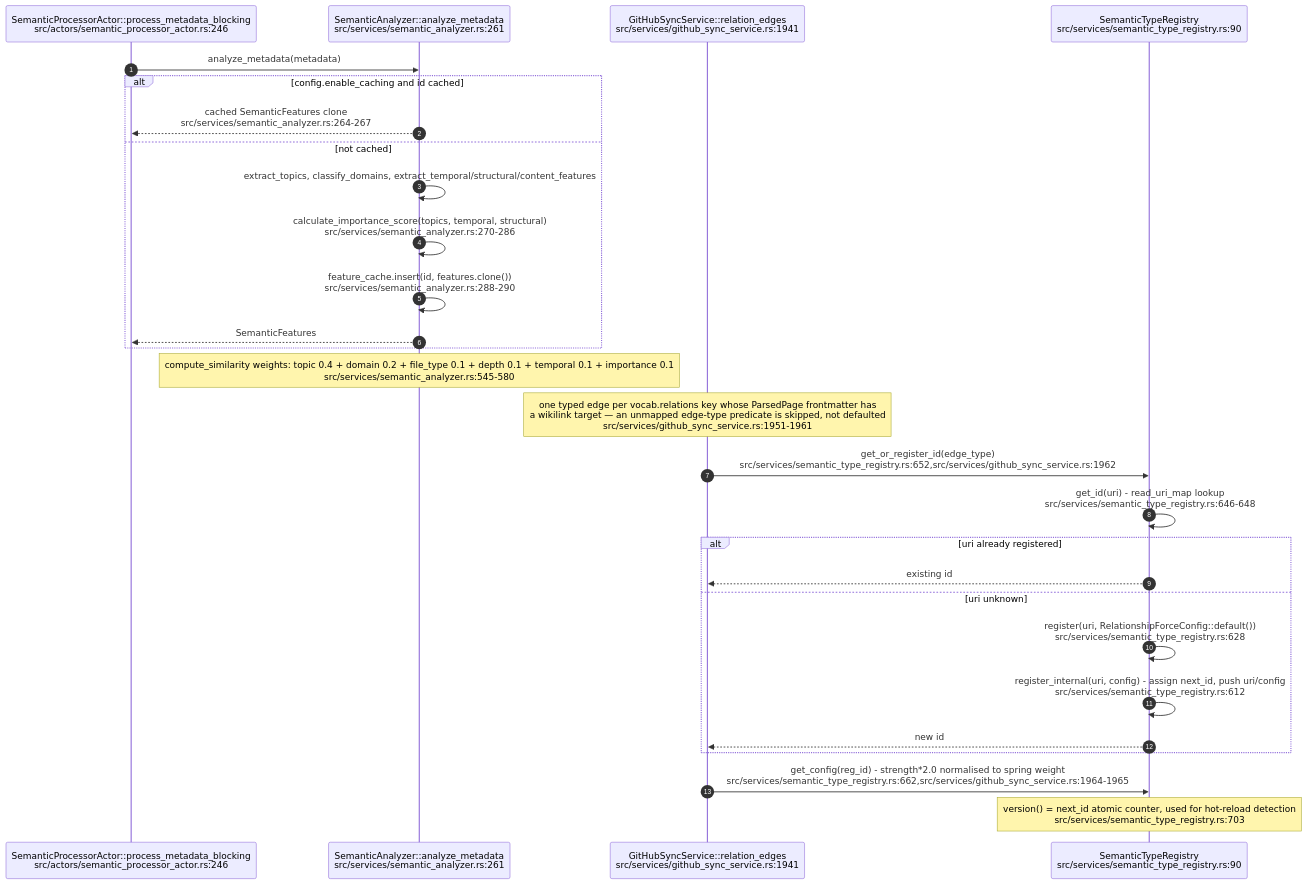
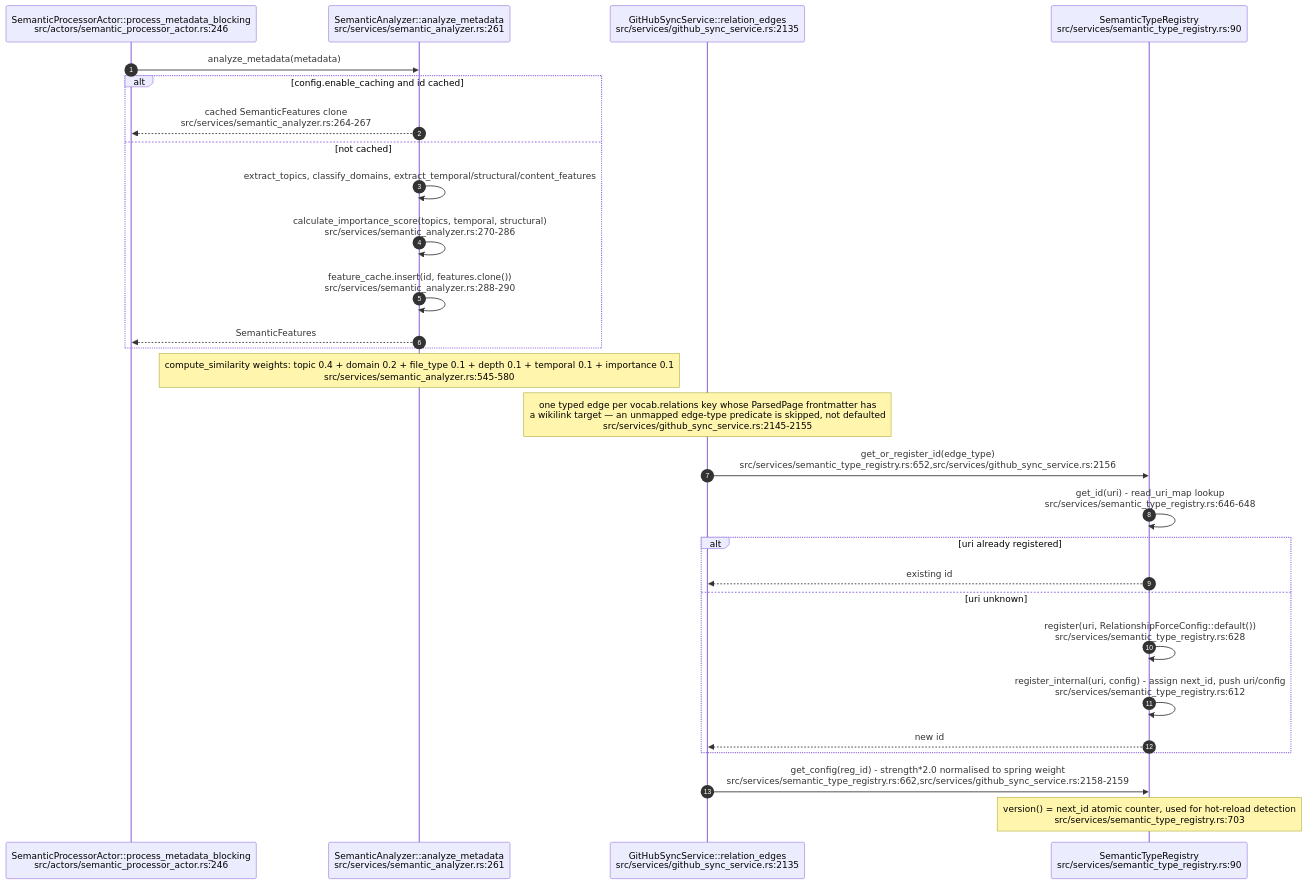
Before and after one commit to DreamLab-AI/VisionFlow: the eighth of 12 diagrams in docs/diagrams/visionclaw/25-insight-kpi-nlq-semantics.md, drawn with Mermaid. The commit also changed other lines of this file and 81 other files, not shown here.

First line of the commit message:
docs(diagrams): roll VisionClaw topics to main 010e1109b (PR 37 and 38 merged); fix remaining prose citations

````diff
--- a/docs/diagrams/visionclaw/25-insight-kpi-nlq-semantics.md
+++ b/docs/diagrams/visionclaw/25-insight-kpi-nlq-semantics.md
@@ -376,32 +376,32 @@
 ```mermaid
 sequenceDiagram
     autonumber
     participant SPA as SemanticProcessorActor::process_metadata_blocking<br/>src/actors/semantic_processor_actor.rs:246
     participant SA as SemanticAnalyzer::analyze_metadata<br/>src/services/semantic_analyzer.rs:261
-    participant GS as GitHubSyncService::relation_edges<br/>src/services/github_sync_service.rs:1941
+    participant GS as GitHubSyncService::relation_edges<br/>src/services/github_sync_service.rs:2135
     participant REG as SemanticTypeRegistry<br/>src/services/semantic_type_registry.rs:90
 
     SPA->>SA: analyze_metadata(metadata)
     alt config.enable_caching and id cached
         SA-->>SPA: cached SemanticFeatures clone<br/>src/services/semantic_analyzer.rs:264-267
     else not cached
         SA->>SA: extract_topics, classify_domains, extract_temporal/structural/content_features
         SA->>SA: calculate_importance_score(topics, temporal, structural)<br/>src/services/semantic_analyzer.rs:270-286
         SA->>SA: feature_cache.insert(id, features.clone())<br/>src/services/semantic_analyzer.rs:288-290
         SA-->>SPA: SemanticFeatures
     end
     Note over SA: compute_similarity weights: topic 0.4 + domain 0.2 + file_type 0.1 + depth 0.1 + temporal 0.1 + importance 0.1<br/>src/services/semantic_analyzer.rs:545-580
 
-    Note over GS: one typed edge per vocab.relations key whose ParsedPage frontmatter has<br/>a wikilink target — an unmapped edge-type predicate is skipped, not defaulted<br/>src/services/github_sync_service.rs:1951-1961
-    GS->>REG: get_or_register_id(edge_type)<br/>src/services/semantic_type_registry.rs:652,src/services/github_sync_service.rs:1962
+    Note over GS: one typed edge per vocab.relations key whose ParsedPage frontmatter has<br/>a wikilink target — an unmapped edge-type predicate is skipped, not defaulted<br/>src/services/github_sync_service.rs:2145-2155
+    GS->>REG: get_or_register_id(edge_type)<br/>src/services/semantic_type_registry.rs:652,src/services/github_sync_service.rs:2156
     REG->>REG: get_id(uri) - read_uri_map lookup<br/>src/services/semantic_type_registry.rs:646-648
     alt uri already registered
         REG-->>GS: existing id
     else uri unknown
         REG->>REG: register(uri, RelationshipForceConfig::default())<br/>src/services/semantic_type_registry.rs:628
         REG->>REG: register_internal(uri, config) - assign next_id, push uri/config<br/>src/services/semantic_type_registry.rs:612
         REG-->>GS: new id
     end
-    GS->>REG: get_config(reg_id) - strength*2.0 normalised to spring weight<br/>src/services/semantic_type_registry.rs:662,src/services/github_sync_service.rs:1964-1965
+    GS->>REG: get_config(reg_id) - strength*2.0 normalised to spring weight<br/>src/services/semantic_type_registry.rs:662,src/services/github_sync_service.rs:2158-2159
     Note over REG: version() = next_id atomic counter, used for hot-reload detection<br/>src/services/semantic_type_registry.rs:703
 ```
````
